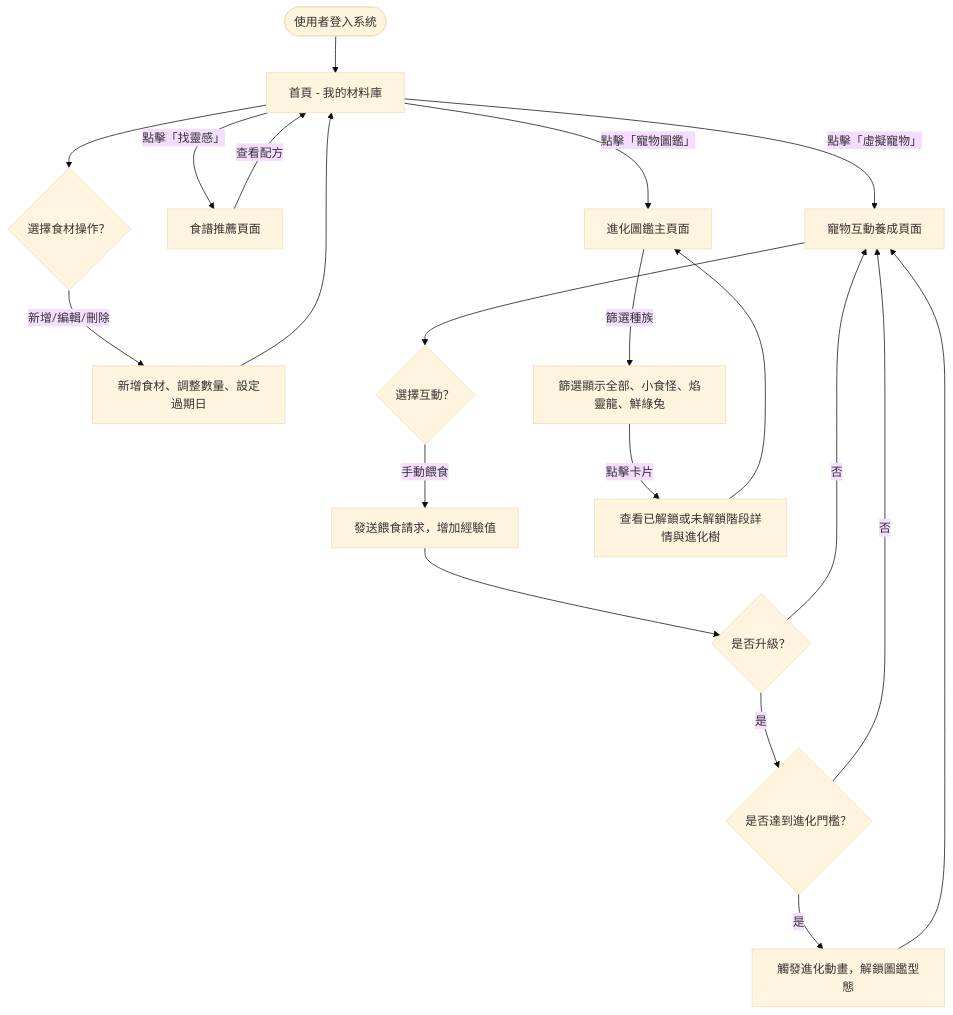
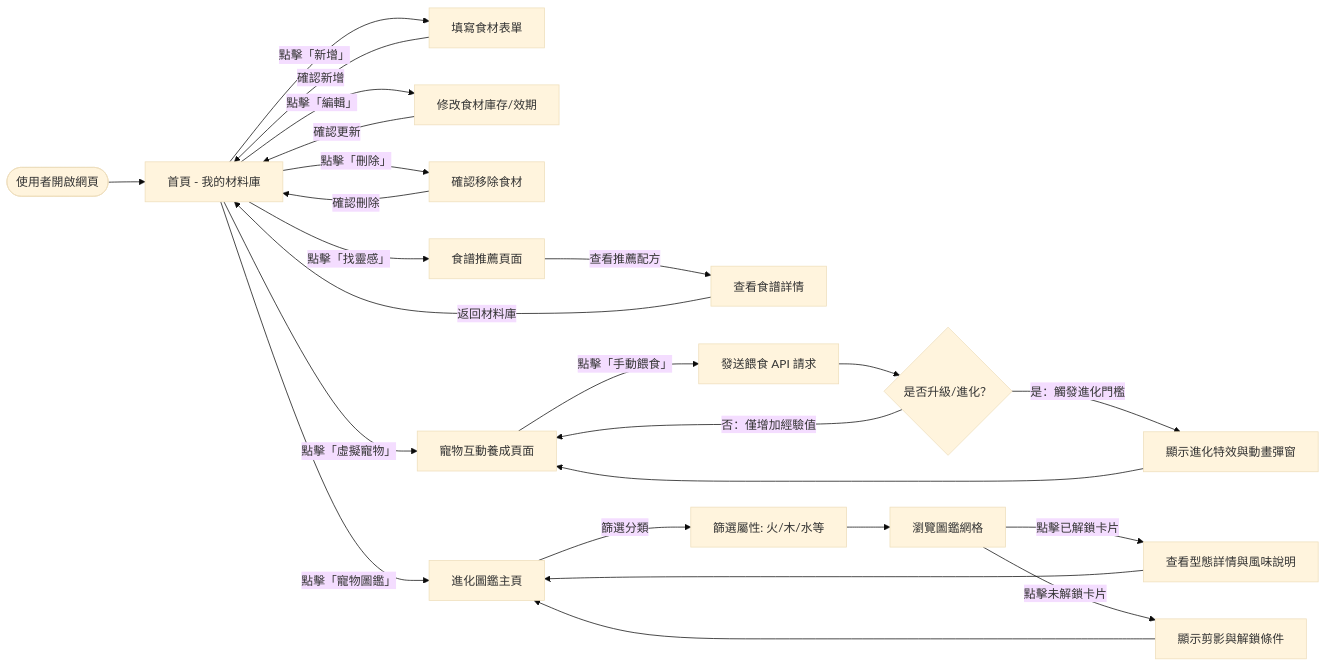
One commit to 960527jane-del/goodjob changed the first of 3 diagrams in docs/FLOWCHART.md. Above: the diagram before and after it, drawn with Mermaid (base theme). The commit also changed other lines of this file, not shown here.

Commit message:
docs: update flowchart to include user flows and route mapping

````diff
--- a/docs/FLOWCHART.md
+++ b/docs/FLOWCHART.md
@@ -11,30 +11,34 @@
 ```mermaid
-flowchart TD
-    Start([使用者登入系統]) --> Home[首頁 - 我的材料庫]
+flowchart LR
+    Start([使用者開啟網頁]) --> Home[首頁 - 我的材料庫]
     
-    %% 模組 1：材料庫
-    Home --> F01_Action{選擇食材操作？}
-    F01_Action -->|新增/編輯/刪除| F01_Process[新增食材、調整數量、設定過期日]
-    F01_Process --> Home
+    %% 模組 1：材料庫 (F-01)
+    Home -->|點擊「新增」| F01_Add[填寫食材表單]
+    F01_Add -->|確認新增| Home
+    Home -->|點擊「編輯」| F01_Edit[修改食材庫存/效期]
+    F01_Edit -->|確認更新| Home
+    Home -->|點擊「刪除」| F01_Delete[確認移除食材]
+    F01_Delete -->|確認刪除| Home
     
-    %% 模組 2：找靈感
+    %% 模組 2：找靈感 (F-02)
     Home -->|點擊「找靈感」| F02_Page[食譜推薦頁面]
-    F02_Page -->|查看配方| Home
+    F02_Page -->|查看推薦配方| F02_Detail[查看食譜詳情]
+    F02_Detail -->|返回材料庫| Home
     
-    %% 模組 3：虛擬寵物
+    %% 模組 3：虛擬寵物 (F-03)
     Home -->|點擊「虛擬寵物」| F03_Page[寵物互動養成頁面]
-    F03_Page --> F03_Action{選擇互動？}
-    F03_Action -->|手動餵食| F03_Feed[發送餵食請求，增加經驗值]
-    F03_Feed --> F03_LevelUp{是否升級？}
-    F03_LevelUp -->|否| F03_Page
-    F03_LevelUp -->|是| F03_Evolve{是否達到進化門檻？}
-    F03_Evolve -->|否| F03_Page
-    F03_Evolve -->|是| F06_Evolve[觸發進化動畫，解鎖圖鑑型態]
+    F03_Page -->|點擊「手動餵食」| F03_Feed[發送餵食 API 請求]
+    F03_Feed --> F03_Update{是否升級/進化？}
+    F03_Update -->|否：僅增加經驗值| F03_Page
+    F03_Update -->|是：觸發進化門檻| F06_Evolve[顯示進化特效與動畫彈窗]
     F06_Evolve --> F03_Page
     
-    %% 模組 4：寵物圖鑑
-    Home -->|點擊「寵物圖鑑」| F06_Page[進化圖鑑主頁面]
-    F06_Page -->|篩選種族| F06_Grid[篩選顯示全部、小食怪、焰靈龍、鮮綠兔]
-    F06_Grid -->|點擊卡片| F06_Detail[查看已解鎖或未解鎖階段詳情與進化樹]
+    %% 模組 4：寵物圖鑑 (F-06)
+    Home -->|點擊「寵物圖鑑」| F06_Page[進化圖鑑主頁]
+    F06_Page -->|篩選分類| F06_Filter[篩選屬性: 火/木/水等]
+    F06_Filter --> F06_Grid[瀏覽圖鑑網格]
+    F06_Grid -->|點擊已解鎖卡片| F06_Detail[查看型態詳情與風味說明]
+    F06_Grid -->|點擊未解鎖卡片| F06_Lock[顯示剪影與解鎖條件]
     F06_Detail --> F06_Page
+    F06_Lock --> F06_Page
 ```
````
